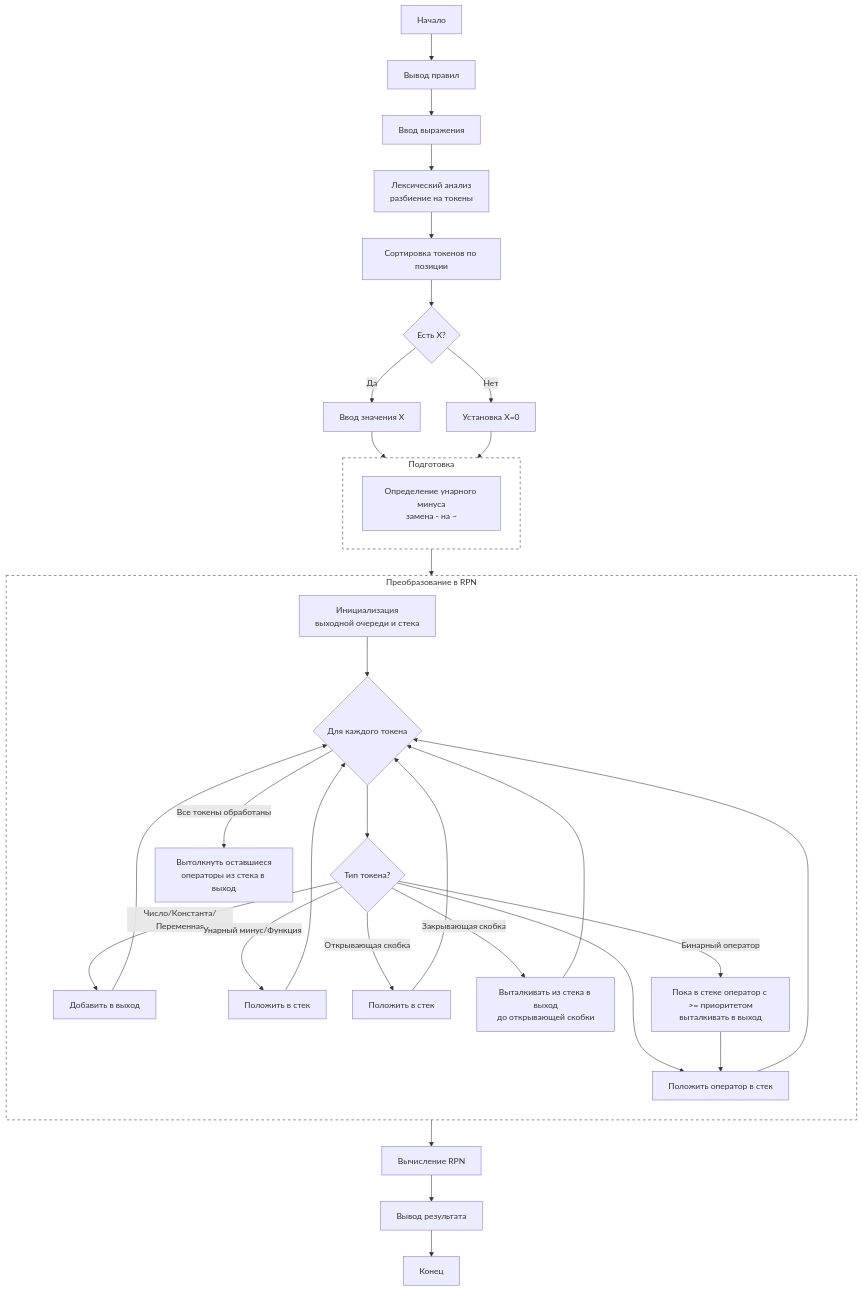
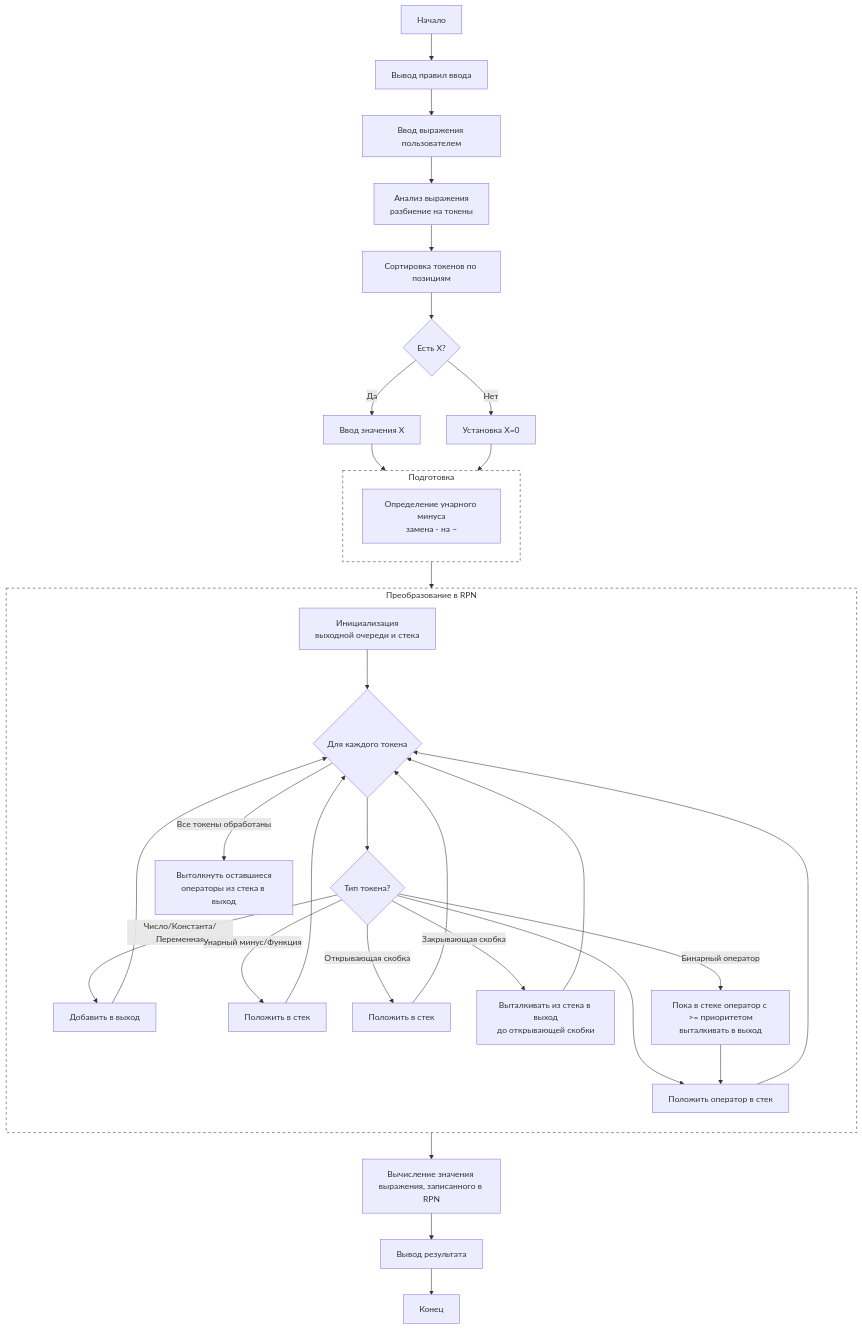
Before and after one commit to Levgor-cmd/DZ3: the diagram in README.md, drawn with Mermaid.

````diff
--- a/README.md
+++ b/README.md
@@ -41,46 +41,46 @@
 ```mermaid
 flowchart TD
-    A[Начало] --> B[Вывод правил]
-    B --> C[Ввод выражения]
-    C --> D[Лексический анализ<br>разбиение на токены]
-    D --> E[Сортировка токенов по позиции]
+    A[Начало] --> B[Вывод правил ввода]
+    B --> C[Ввод выражения пользователем]
+    C --> D[Анализ выражения<br>разбиение на токены]
+    D --> E[Сортировка токенов по позициям]
     E --> F{Есть X?}
     F -- Да --> G[Ввод значения X]
     F -- Нет --> H[Установка X=0]
     G --> I
     H --> I
     
     subgraph I [Подготовка]
         style I fill:none,stroke:#333,stroke-dasharray: 5 5
         J[Определение унарного минуса<br>замена - на ~]
     end
     
     I --> K
     
     subgraph K [Преобразование в RPN]
         style K fill:none,stroke:#333,stroke-dasharray: 5 5
         direction TB
         K1[Инициализация<br>выходной очереди и стека] --> K2{Для каждого токена}
         K2 --> K3{Тип токена?}
         
         K3 -- Число/Константа/Переменная --> K4[Добавить в выход]
         K3 -- Унарный минус/Функция --> K5[Положить в стек]
         K3 -- Открывающая скобка --> K6[Положить в стек]
         K3 -- Закрывающая скобка --> K7[Выталкивать из стека в выход<br>до открывающей скобки]
         K3 -- Бинарный оператор --> K8[Пока в стеке оператор с >= приоритетом<br>выталкивать в выход]
         K3 --> K9[Положить оператор в стек]
         
         K4 --> K2
         K5 --> K2
         K6 --> K2
         K7 --> K2
         K8 --> K9
         K9 --> K2
         
         K2 -- Все токены обработаны --> K10[Вытолкнуть оставшиеся<br>операторы из стека в выход]
     end
     
-    K --> L[Вычисление RPN]
+    K --> L[Вычисление значения выражения, записанного в RPN]
     L --> M[Вывод результата]
     M --> N[Конец]
 ```
````
